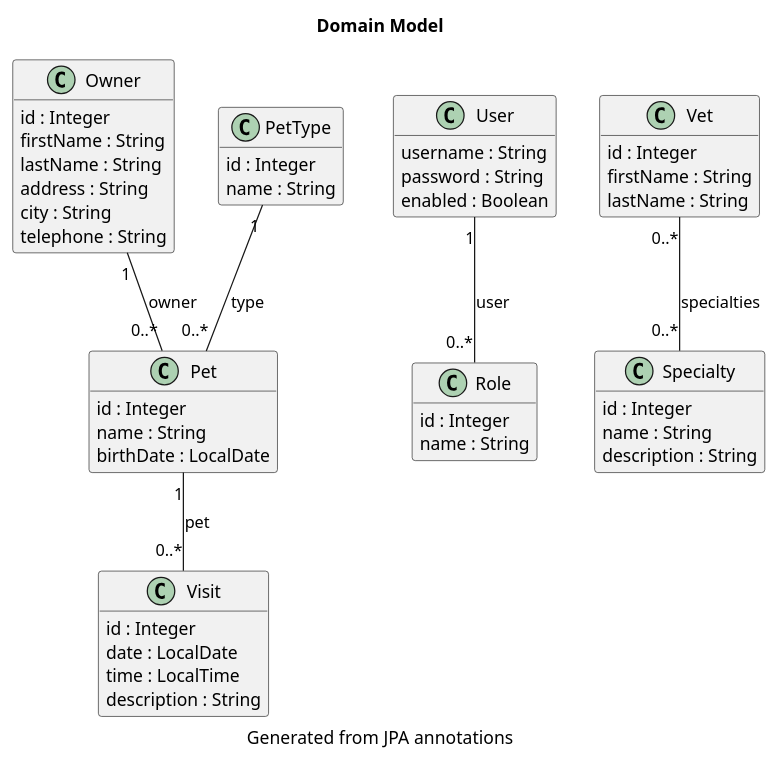
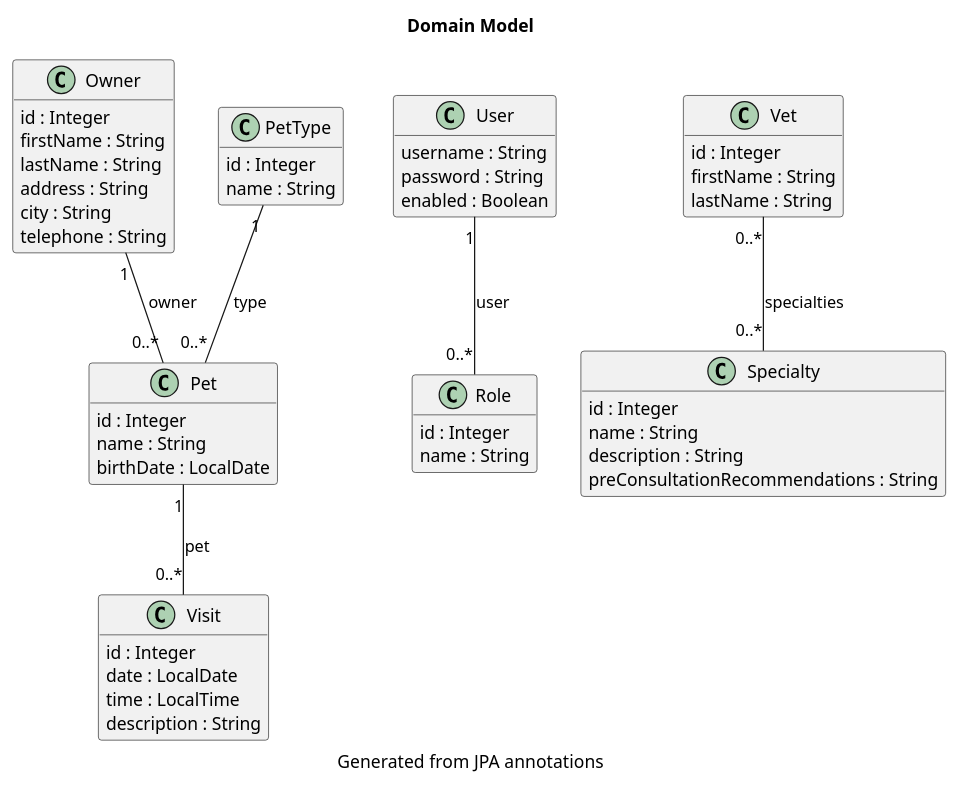
The diagram in petclinic-backend/docs/generated/DomainModel.puml (pmattiollo/petclinic), drawn with PlantUML before and after one commit. The commit also changed 12 other files, not shown here.

First line of the commit message:
feat(specialty): split description into symptoms + pre-consultation advice; add cached ETag feed

```diff
--- a/petclinic-backend/docs/generated/DomainModel.puml
+++ b/petclinic-backend/docs/generated/DomainModel.puml
@@ -1,58 +1,59 @@
 @startuml
 
 title Domain Model
 caption Generated from JPA annotations
 
 hide empty members
 skinparam classAttributeIconSize 0
 
 class Owner {
   id : Integer
   firstName : String
   lastName : String
   address : String
   city : String
   telephone : String
 }
 class Pet {
   id : Integer
   name : String
   birthDate : LocalDate
 }
 class PetType {
   id : Integer
   name : String
 }
 class Role {
   id : Integer
   name : String
 }
 class Specialty {
   id : Integer
   name : String
   description : String
+  preConsultationRecommendations : String
 }
 class User {
   username : String
   password : String
   enabled : Boolean
 }
 class Vet {
   id : Integer
   firstName : String
   lastName : String
 }
 class Visit {
   id : Integer
   date : LocalDate
   time : LocalTime
   description : String
 }
 
 PetType "1" -- "0..*" Pet : type
 Owner "1" -- "0..*" Pet : owner
 User "1" -- "0..*" Role : user
 Vet "0..*" -- "0..*" Specialty : specialties
 Pet "1" -- "0..*" Visit : pet
 
 @enduml
```
